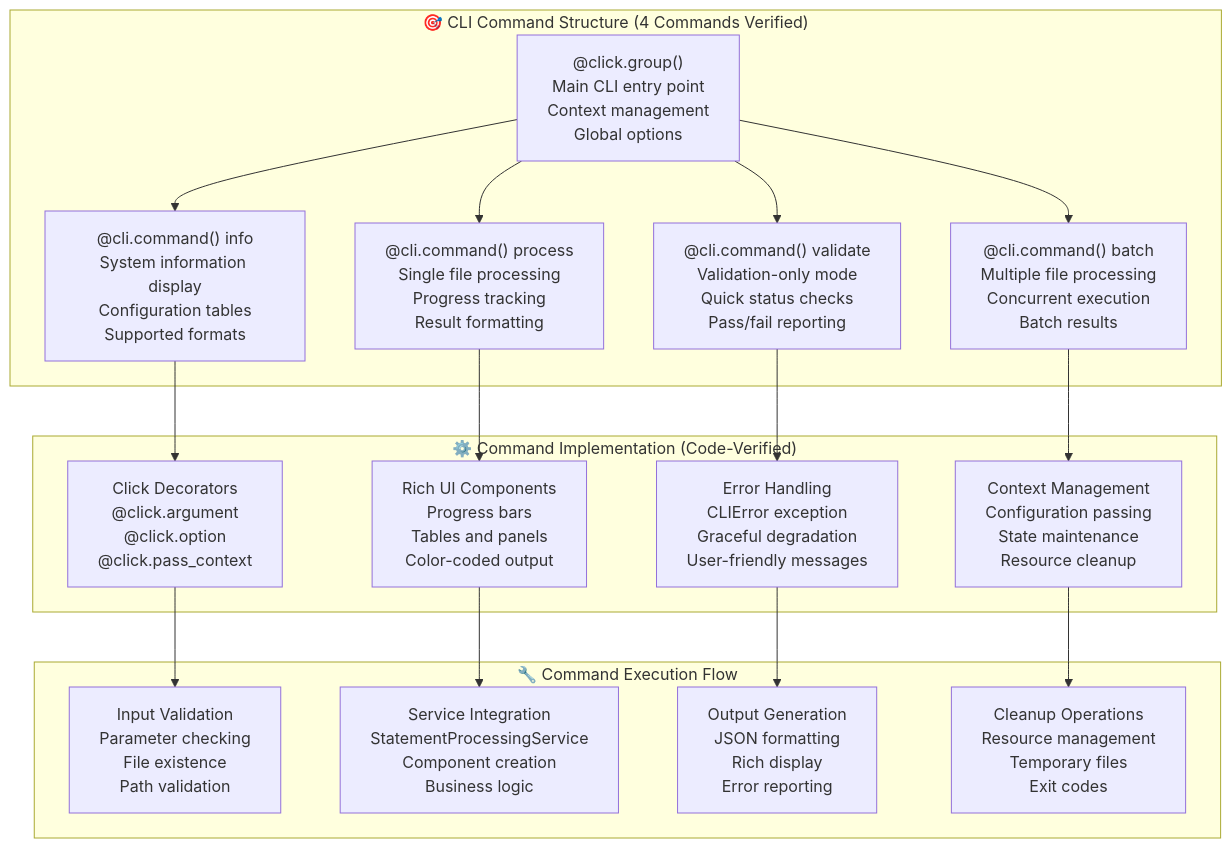
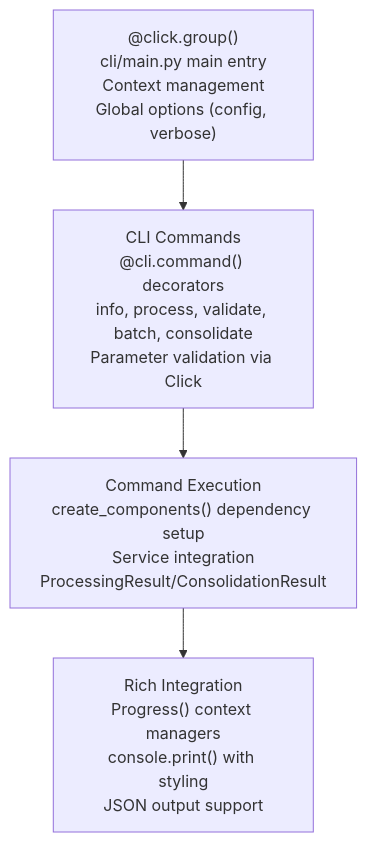
One commit to EduuardoPerez/financial-statement-processor changed the fifth of 9 diagrams in memory-bank/systemPatterns.md. Above: the diagram before and after it, drawn with Mermaid. The commit also changed other lines of this file and 6 other files, not shown here.

````diff
--- a/memory-bank/systemPatterns.md
+++ b/memory-bank/systemPatterns.md
@@ -175,49 +134,14 @@
 ```mermaid
 graph TB
-    subgraph "🎯 CLI Command Structure (4 Commands Verified)"
-        CLI_GROUP["@click.group()<br/>Main CLI entry point<br/>Context management<br/>Global options"]
+    CLI_GROUP["@click.group()<br/>cli/main.py main entry<br/>Context management<br/>Global options (config, verbose)"]
 
-        INFO_COMMAND["@cli.command() info<br/>System information display<br/>Configuration tables<br/>Supported formats"]
+    COMMANDS["CLI Commands<br/>@cli.command() decorators<br/>info, process, validate, batch, consolidate<br/>Parameter validation via Click"]
 
-        PROCESS_COMMAND["@cli.command() process<br/>Single file processing<br/>Progress tracking<br/>Result formatting"]
+    COMMAND_EXECUTION["Command Execution<br/>create_components() dependency setup<br/>Service integration<br/>ProcessingResult/ConsolidationResult"]
 
-        VALIDATE_COMMAND["@cli.command() validate<br/>Validation-only mode<br/>Quick status checks<br/>Pass/fail reporting"]
+    RICH_INTEGRATION["Rich Integration<br/>Progress() context managers<br/>console.print() with styling<br/>JSON output support"]
 
-        BATCH_COMMAND["@cli.command() batch<br/>Multiple file processing<br/>Concurrent execution<br/>Batch results"]
-    end
-
-    subgraph "⚙️ Command Implementation (Code-Verified)"
-        CLICK_DECORATORS["Click Decorators<br/>@click.argument<br/>@click.option<br/>@click.pass_context"]
-
-        RICH_UI["Rich UI Components<br/>Progress bars<br/>Tables and panels<br/>Color-coded output"]
-
-        ERROR_HANDLING["Error Handling<br/>CLIError exception<br/>Graceful degradation<br/>User-friendly messages"]
-
-        CONTEXT_MGMT["Context Management<br/>Configuration passing<br/>State maintenance<br/>Resource cleanup"]
-    end
-
-    subgraph "🔧 Command Execution Flow"
-        VALIDATION_LAYER["Input Validation<br/>Parameter checking<br/>File existence<br/>Path validation"]
-
-        SERVICE_LAYER["Service Integration<br/>StatementProcessingService<br/>Component creation<br/>Business logic"]
-
-        OUTPUT_LAYER["Output Generation<br/>JSON formatting<br/>Rich display<br/>Error reporting"]
-
-        CLEANUP_LAYER["Cleanup Operations<br/>Resource management<br/>Temporary files<br/>Exit codes"]
-    end
-
-    CLI_GROUP --> INFO_COMMAND
-    CLI_GROUP --> PROCESS_COMMAND
-    CLI_GROUP --> VALIDATE_COMMAND
-    CLI_GROUP --> BATCH_COMMAND
-
-    INFO_COMMAND --> CLICK_DECORATORS
-    PROCESS_COMMAND --> RICH_UI
-    VALIDATE_COMMAND --> ERROR_HANDLING
-    BATCH_COMMAND --> CONTEXT_MGMT
-
-    CLICK_DECORATORS --> VALIDATION_LAYER
-    RICH_UI --> SERVICE_LAYER
-    ERROR_HANDLING --> OUTPUT_LAYER
-    CONTEXT_MGMT --> CLEANUP_LAYER
+    CLI_GROUP --> COMMANDS
+    COMMANDS --> COMMAND_EXECUTION
+    COMMAND_EXECUTION --> RICH_INTEGRATION
 ```
````
